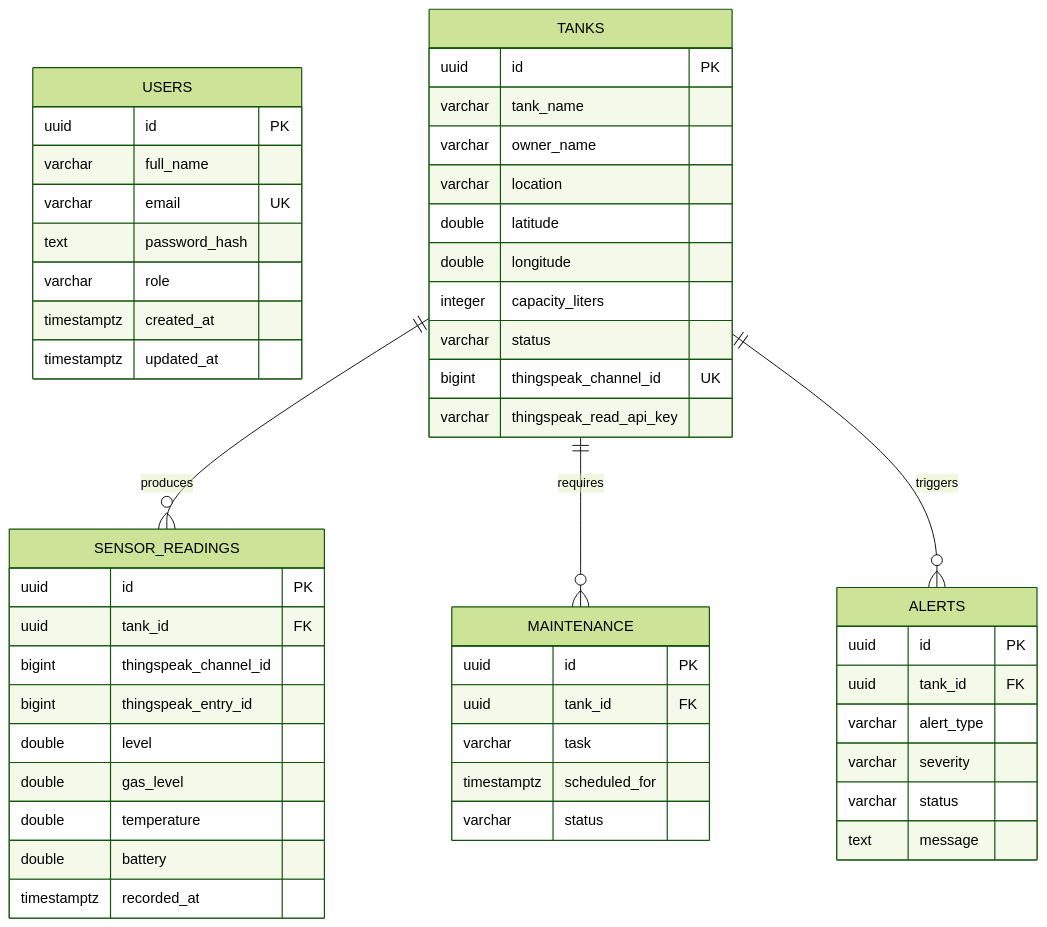
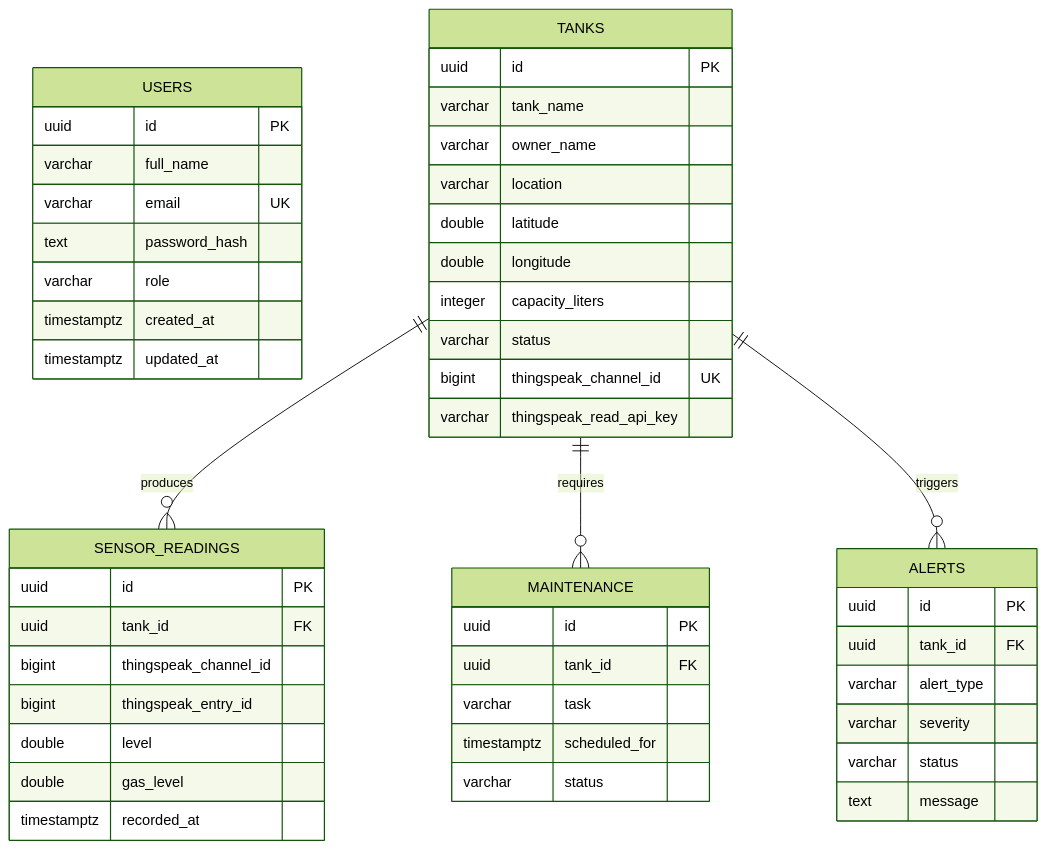
One commit to christineprettynankabirwa-star/SSMEAS changed the diagram in docs/Final-ER-Diagram.md. Above: the diagram before and after it, drawn with Mermaid (forest theme). The commit also changed 36 other files, not shown here.

Commit message:
Completed the project-wide removal of unsupported temperature and battery monitoring.

````diff
--- a/docs/Final-ER-Diagram.md
+++ b/docs/Final-ER-Diagram.md
@@ -3,53 +3,51 @@
 ```mermaid
 erDiagram
     USERS {
         uuid id PK
         varchar full_name
         varchar email UK
         text password_hash
         varchar role
         timestamptz created_at
         timestamptz updated_at
     }
     TANKS {
         uuid id PK
         varchar tank_name
         varchar owner_name
         varchar location
         double latitude
         double longitude
         integer capacity_liters
         varchar status
         bigint thingspeak_channel_id UK
         varchar thingspeak_read_api_key
     }
     SENSOR_READINGS {
         uuid id PK
         uuid tank_id FK
         bigint thingspeak_channel_id
         bigint thingspeak_entry_id
         double level
         double gas_level
-        double temperature
-        double battery
         timestamptz recorded_at
     }
     MAINTENANCE {
         uuid id PK
         uuid tank_id FK
         varchar task
         timestamptz scheduled_for
         varchar status
     }
     ALERTS {
         uuid id PK
         uuid tank_id FK
         varchar alert_type
         varchar severity
         varchar status
         text message
     }
     TANKS ||--o{ SENSOR_READINGS : produces
     TANKS ||--o{ MAINTENANCE : requires
     TANKS ||--o{ ALERTS : triggers
 ```
````
